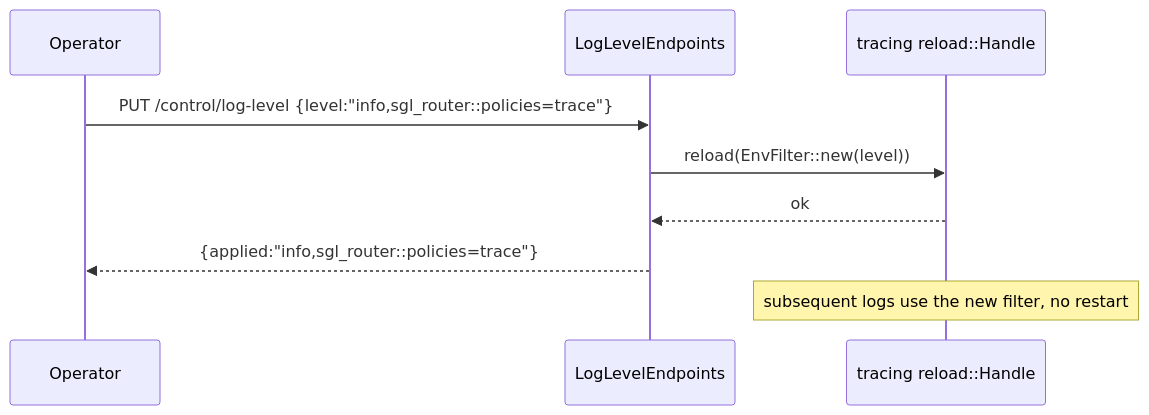
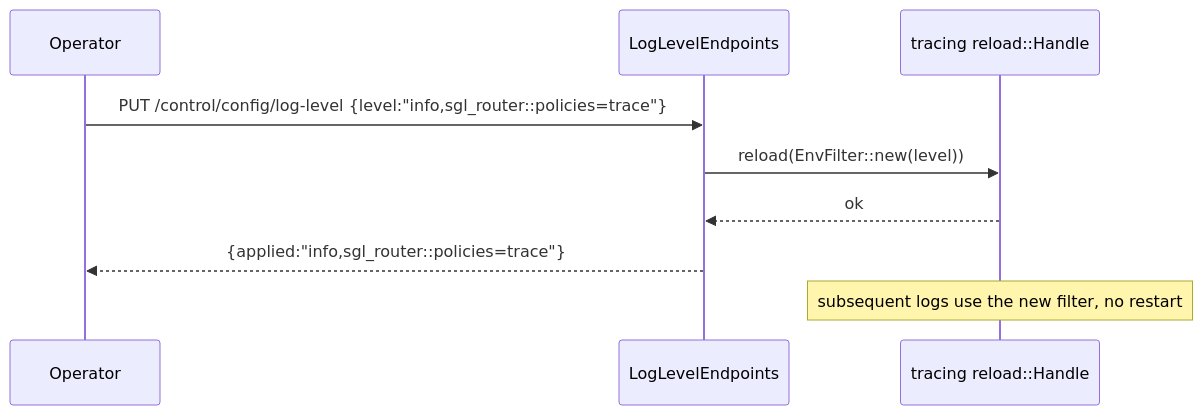
The fifth of 5 diagrams in experimental/sgl-router/docs/control_api_design.md (ZhaiFeiyue/sglang), drawn with Mermaid before and after one commit. The commit also changed other lines of this file, not shown here.

First line of the commit message:
docs(sgl-router): make control API RESTful (resource-oriented)

````diff
--- a/experimental/sgl-router/docs/control_api_design.md
+++ b/experimental/sgl-router/docs/control_api_design.md
@@ -256,12 +293,12 @@
 ```mermaid
 sequenceDiagram
     participant Op as Operator
     participant LL as LogLevelEndpoints
     participant H as tracing reload::Handle
 
-    Op->>LL: PUT /control/log-level {level:"info,sgl_router::policies=trace"}
+    Op->>LL: PUT /control/config/log-level {level:"info,sgl_router::policies=trace"}
     LL->>H: reload(EnvFilter::new(level))
     H-->>LL: ok
     LL-->>Op: {applied:"info,sgl_router::policies=trace"}
     Note over H: subsequent logs use the new filter, no restart
 ```
````
